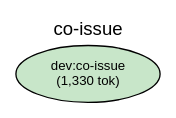
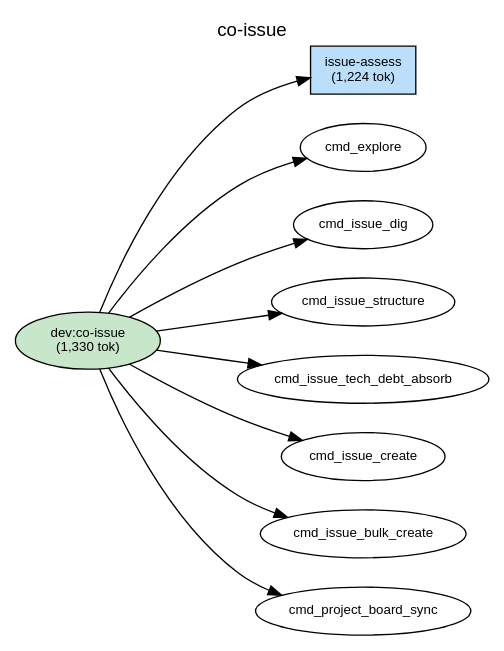
One commit to shuu5/twill changed the diagram in plugins/dev/docs/deps-co-issue.dot. Above: the diagram before and after it, drawn with Graphviz. The commit also changed 73 other files, not shown here.

```diff
--- a/plugins/dev/docs/deps-co-issue.dot
+++ b/plugins/dev/docs/deps-co-issue.dot
@@ -1,37 +1,47 @@
 digraph Dependencies {
     // Graph settings
     rankdir=LR;
     ranksep=0.8;
     nodesep=0.3;
     fontname="Helvetica";
     node [fontname="Helvetica", fontsize=10];
     edge [fontname="Helvetica", fontsize=9];
     label="co-issue";
     labelloc=t;
     fontsize=14;
 
     // L0: Controller Skills
     skill_co_issue [label="dev:co-issue\n(1,330 tok)", shape=ellipse, style=filled, fillcolor="#c8e6c9"];
 
     // L0: Launchers
 
     // L0.5: Workflow Skills
 
     // Reference Skills
 
     // L1: Direct Commands
+    cmd_issue_assess [label="issue-assess\n(1,224 tok)", shape=box, style=filled, fillcolor="#bbdefb"];
 
     // L2: Sub Commands
 
     // L3: Agents
 
     // L3.5: Scripts
 
     // L4: External
 
     // Layer constraints
     { rank=same; skill_co_issue; }
+    { rank=same; cmd_issue_assess; }
 
     // Edges
+    skill_co_issue -> cmd_explore;
+    skill_co_issue -> cmd_issue_dig;
+    skill_co_issue -> cmd_issue_structure;
+    skill_co_issue -> cmd_issue_assess;
+    skill_co_issue -> cmd_issue_tech_debt_absorb;
+    skill_co_issue -> cmd_issue_create;
+    skill_co_issue -> cmd_issue_bulk_create;
+    skill_co_issue -> cmd_project_board_sync;
 
 }
```
